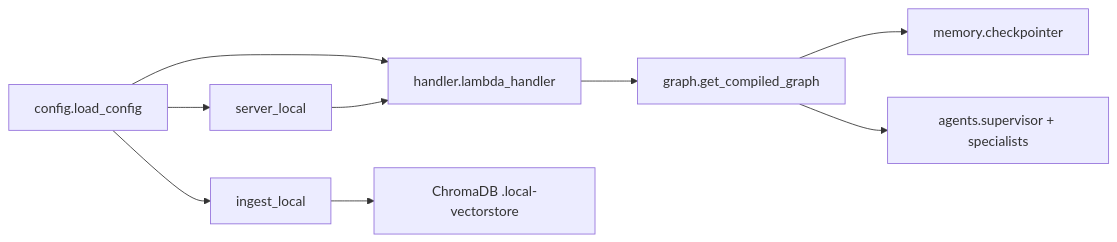
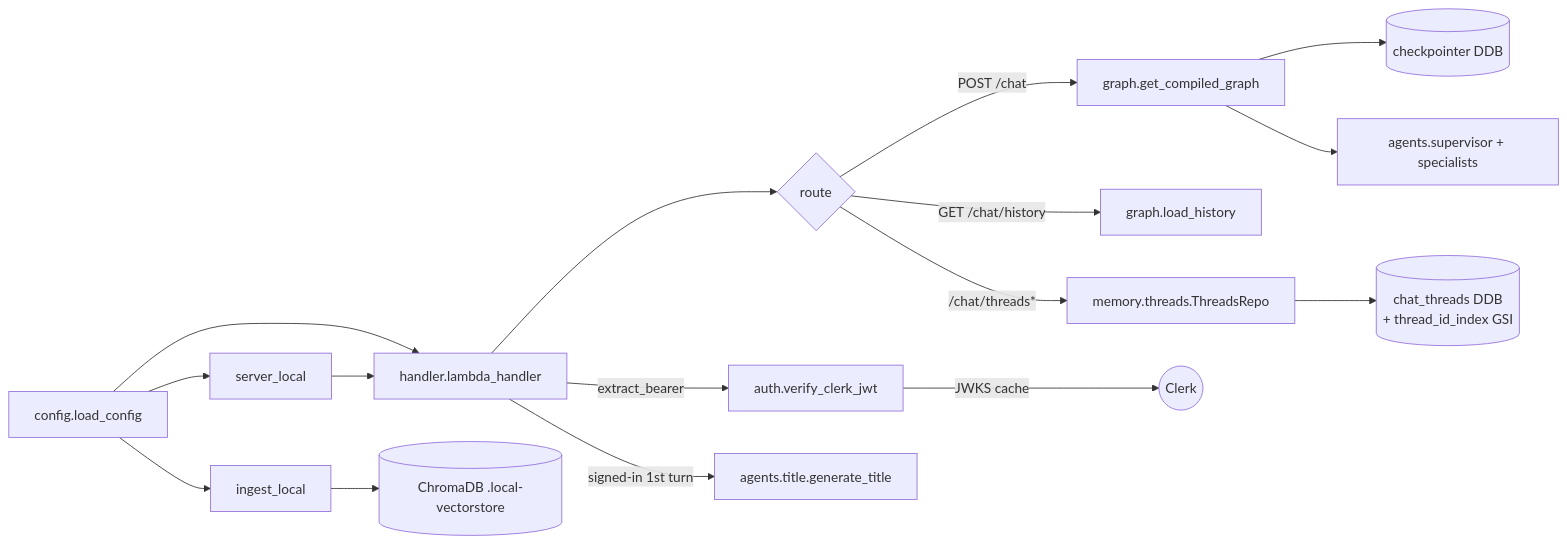
Before and after one commit to davenjeru/haki-ai: the diagram in backend/app/CLAUDE.md, drawn with Mermaid. The commit also changed other lines of this file and 3 other files, not shown here.

First line of the commit message:
docs: document Clerk auth + per-user thread index end-to-end

````diff
--- a/backend/app/CLAUDE.md
+++ b/backend/app/CLAUDE.md
@@ -28,11 +49,23 @@
 ```mermaid
 flowchart LR
   cfg[config.load_config] --> h[handler.lambda_handler]
   cfg --> srv[server_local]
   cfg --> ing[ingest_local]
-  h --> g[graph.get_compiled_graph]
+
+  h --> rt{route}
+  rt -->|POST /chat| g[graph.get_compiled_graph]
+  rt -->|GET /chat/history| lh[graph.load_history]
+  rt -->|/chat/threads*| tr[memory.threads.ThreadsRepo]
+
+  h -->|extract_bearer| au[auth.verify_clerk_jwt]
+  au -->|JWKS cache| ck((Clerk))
+
+  h -->|signed-in 1st turn| ti[agents.title.generate_title]
+
+  g --> mem1[(checkpointer DDB)]
+  g --> ag[agents.supervisor + specialists]
+  tr --> mem2[(chat_threads DDB<br/>+ thread_id_index GSI)]
+  ing --> ch[(ChromaDB .local-vectorstore)]
+
   srv --> h
-  g --> mem[memory.checkpointer]
-  g --> ag[agents.supervisor + specialists]
-  ing --> ch[ChromaDB .local-vectorstore]
 ```
````
